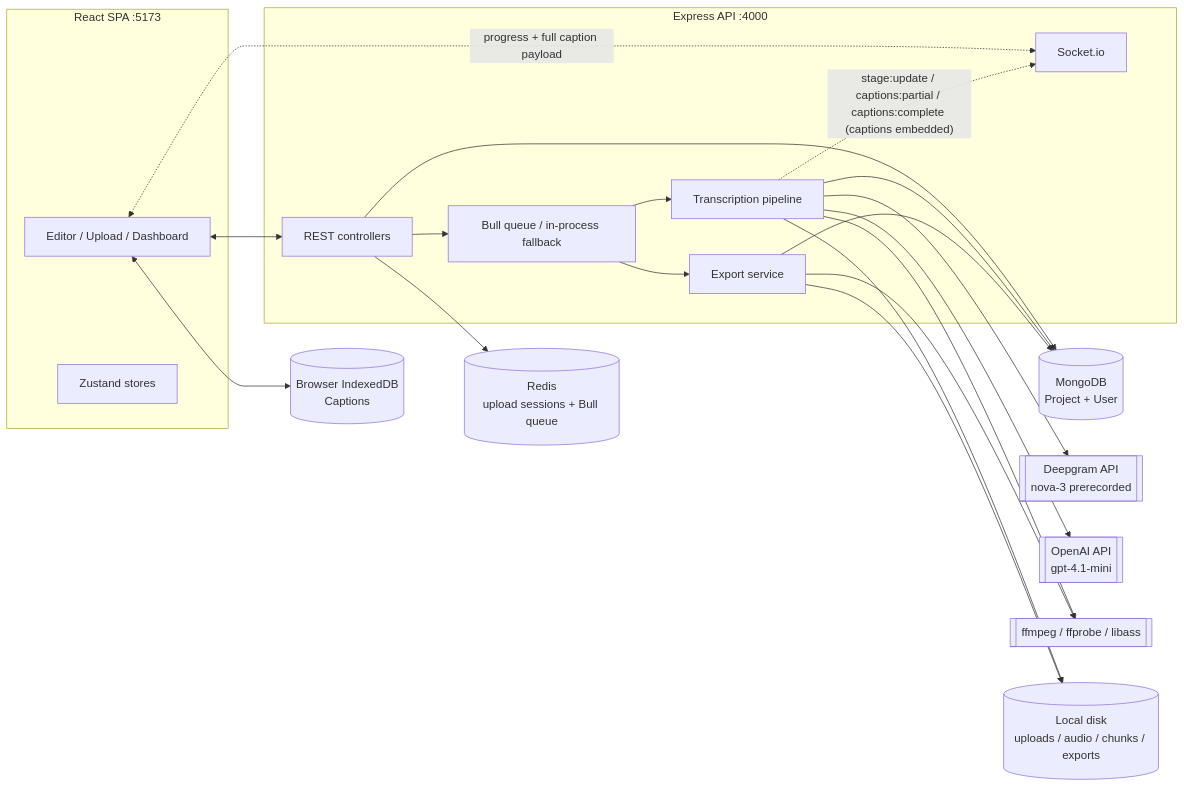
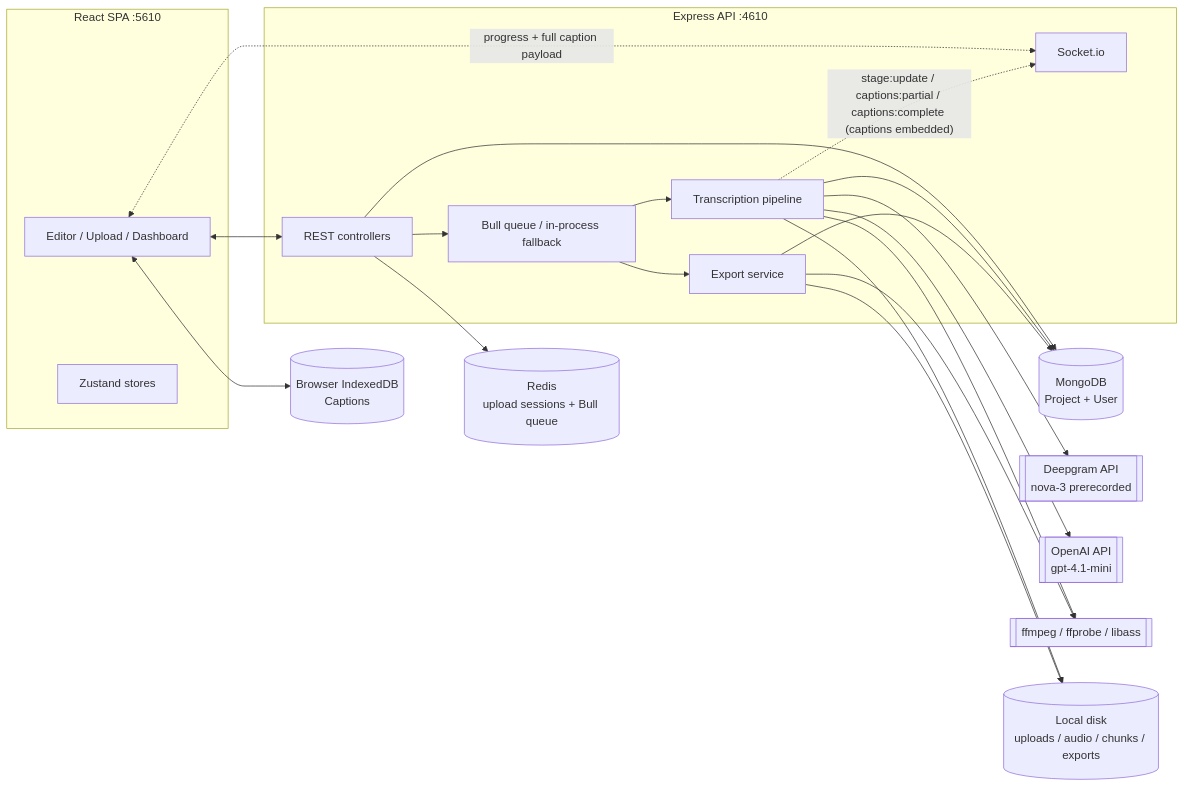
The first of 2 diagrams in CaptionFlow/ARCHITECTURE.md (rehan-automates/iplex-usa), drawn with Mermaid before and after one commit. The commit also changed other lines of this file and 5 other files, not shown here.

````diff
--- a/CaptionFlow/ARCHITECTURE.md
+++ b/CaptionFlow/ARCHITECTURE.md
@@ -73,41 +76,41 @@
 ```mermaid
 flowchart LR
-    subgraph Client [React SPA :5173]
+    subgraph Client [React SPA :5610]
         UI[Editor / Upload / Dashboard]
         Store[Zustand stores]
     end
 
-    subgraph Server [Express API :4000]
+    subgraph Server [Express API :4610]
         REST[REST controllers]
         SIO[Socket.io]
         Queue[Bull queue / in-process fallback]
         Pipeline[Transcription pipeline]
         Export[Export service]
     end
 
     Mongo[(MongoDB<br/>Project + User)]
     IDB[(Browser IndexedDB<br/>Captions)]
     Redis[(Redis<br/>upload sessions + Bull queue)]
     Deepgram[[Deepgram API<br/>nova-3 prerecorded]]
     OpenAI[[OpenAI API<br/>gpt-4.1-mini]]
     FFmpeg[[ffmpeg / ffprobe / libass]]
     Disk[(Local disk<br/>uploads / audio / chunks / exports)]
 
     UI <--> REST
     UI <-. progress + full caption payload .-> SIO
     UI <--> IDB
     REST --> Mongo
     REST --> Redis
     REST --> Queue
     Queue --> Pipeline
     Queue --> Export
     Pipeline --> FFmpeg
     Pipeline --> Deepgram
     Pipeline --> OpenAI
     Pipeline --> Mongo
     Pipeline -. stage:update / captions:partial / captions:complete (captions embedded) .-> SIO
     Export --> FFmpeg
     Export --> Mongo
     Pipeline --> Disk
     Export --> Disk
 ```
````
